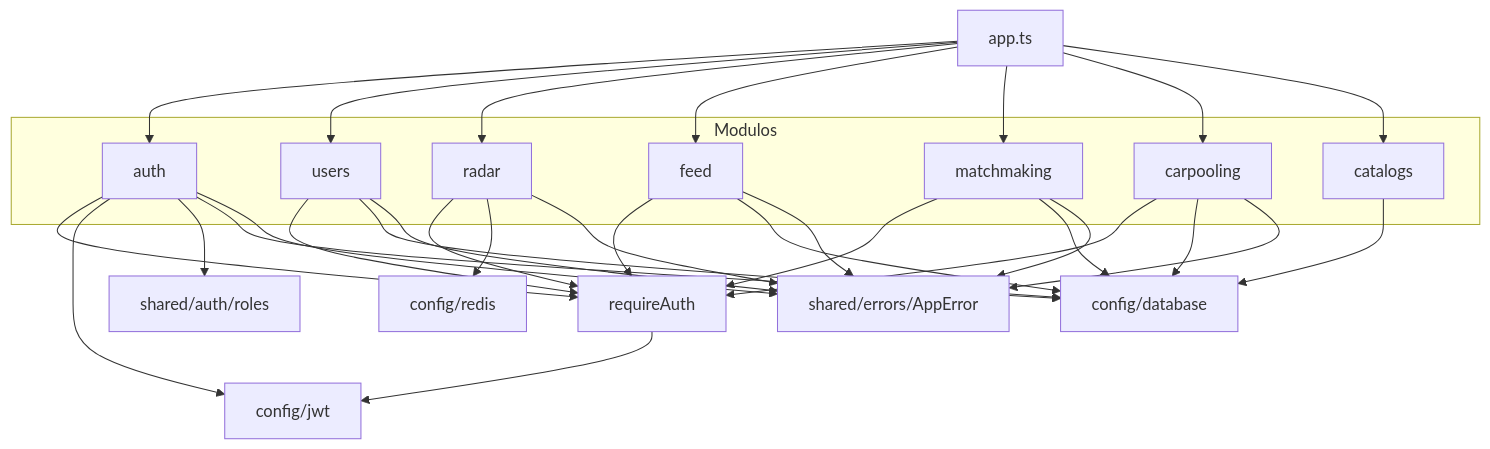
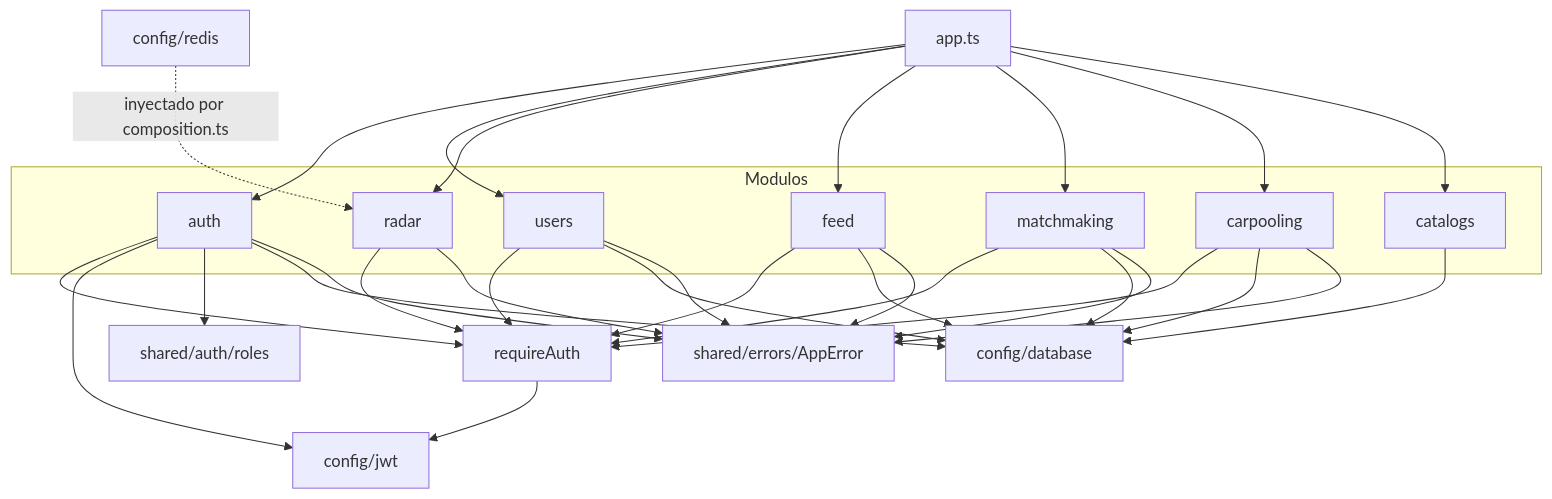
The first of 2 diagrams in docs/02-arquitectura-de-software/03-componentes-y-dependencias.md (pillacarodriguezuriel-a11y/social_unsch), drawn with Mermaid before and after one commit. The commit also changed other lines of this file and 44 other files, not shown here.

````diff
--- a/docs/02-arquitectura-de-software/03-componentes-y-dependencias.md
+++ b/docs/02-arquitectura-de-software/03-componentes-y-dependencias.md
@@ -19,28 +19,28 @@
 ```mermaid
 flowchart TB
     APP["app.ts"]
     subgraph Modulos
         AUTH["auth"]
         USERS["users"]
         RADAR["radar"]
         FEED["feed"]
         MATCH["matchmaking"]
         CARP["carpooling"]
         CAT["catalogs"]
     end
     MWA["requireAuth"]
     JWT["config/jwt"]
     DB["config/database"]
     RDS["config/redis"]
     ROLES["shared/auth/roles"]
     ERRC["shared/errors/AppError"]
 
     APP --> AUTH & USERS & RADAR & FEED & MATCH & CARP & CAT
     AUTH & USERS & RADAR & FEED & MATCH & CARP --> MWA
     MWA --> JWT
     AUTH --> JWT
     AUTH --> ROLES
     AUTH & USERS & FEED & MATCH & CARP & CAT --> DB
-    RADAR --> RDS
+    RDS -. "inyectado por composition.ts" .-> RADAR
     AUTH & USERS & RADAR & FEED & MATCH & CARP --> ERRC
 ```
````
